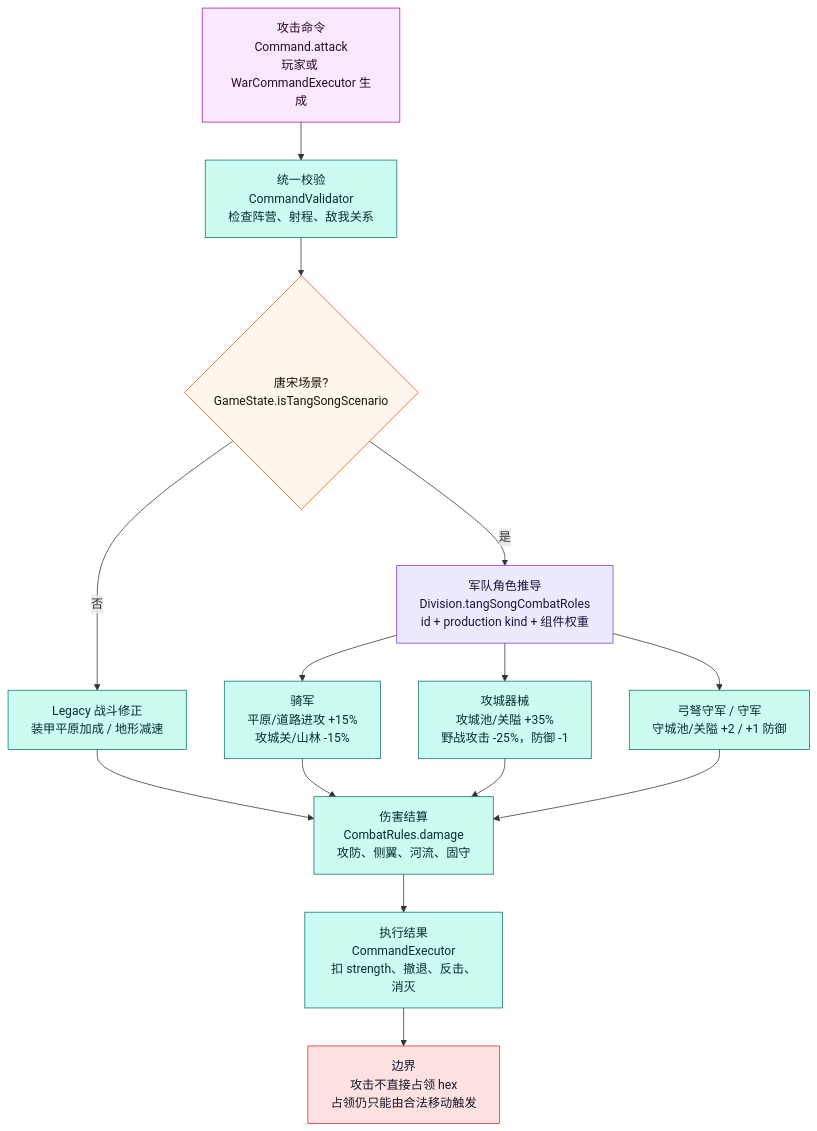
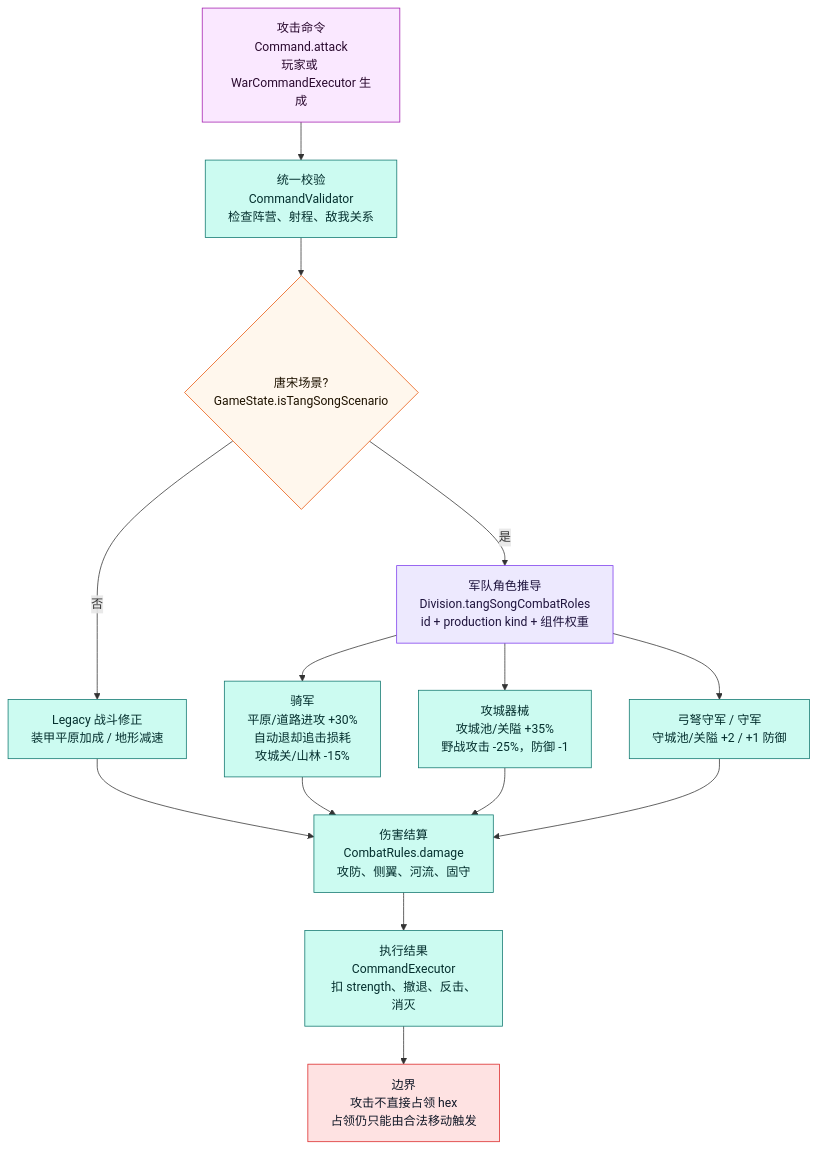
One commit to Altman-sam114/125 changed the fourth of 12 diagrams in md/flow/flowchart.md. Above: the diagram before and after it, drawn with Mermaid. The commit also changed other lines of this file and 7 other files, not shown here.

````diff
--- a/md/flow/flowchart.md
+++ b/md/flow/flowchart.md
@@ -326,28 +327,28 @@
 ```mermaid
 flowchart TD
     CMD["攻击命令<br/>Command.attack<br/>玩家或 WarCommandExecutor 生成"]:::command
     VALID["统一校验<br/>CommandValidator<br/>检查阵营、射程、敌我关系"]:::rules
     DIV["军队角色推导<br/>Division.tangSongCombatRoles<br/>id + production kind + 组件权重"]:::state
     SCENE{"唐宋场景?<br/>GameState.isTangSongScenario"}:::decision
     LEGACY["Legacy 战斗修正<br/>装甲平原加成 / 地形减速"]:::rules
-    CAV["骑军<br/>平原/道路进攻 +15%<br/>攻城关/山林 -15%"]:::rules
+    CAV["骑军<br/>平原/道路进攻 +30%<br/>自动退却追击损耗<br/>攻城关/山林 -15%"]:::rules
     SIEGE["攻城器械<br/>攻城池/关隘 +35%<br/>野战攻击 -25%，防御 -1"]:::rules
     GARRISON["弓弩守军 / 守军<br/>守城池/关隘 +2 / +1 防御"]:::rules
     DAMAGE["伤害结算<br/>CombatRules.damage<br/>攻防、侧翼、河流、固守"]:::rules
     EXEC["执行结果<br/>CommandExecutor<br/>扣 strength、撤退、反击、消灭"]:::rules
     HEX["边界<br/>攻击不直接占领 hex<br/>占领仍只能由合法移动触发"]:::authority
 
     CMD --> VALID --> SCENE
     SCENE -->|否| LEGACY --> DAMAGE
     SCENE -->|是| DIV
     DIV --> CAV --> DAMAGE
     DIV --> SIEGE --> DAMAGE
     DIV --> GARRISON --> DAMAGE
     DAMAGE --> EXEC --> HEX
 
     classDef command fill:#fae8ff,stroke:#a21caf,color:#2a0a2f
     classDef rules fill:#ccfbf1,stroke:#0f766e,color:#042f2e
     classDef state fill:#ede9fe,stroke:#7c3aed,color:#1f143d
     classDef decision fill:#fff7ed,stroke:#ea580c,color:#1f1300
     classDef authority fill:#fee2e2,stroke:#dc2626,color:#111827
 ```
````
